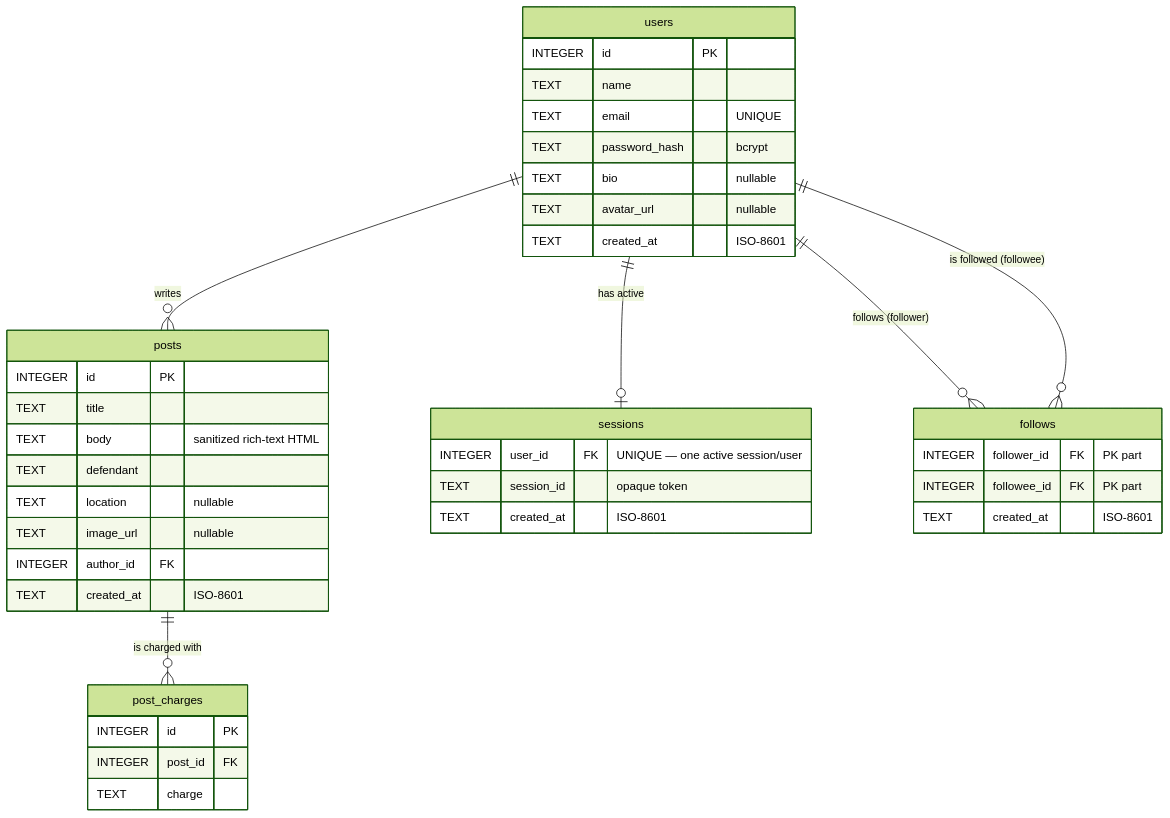
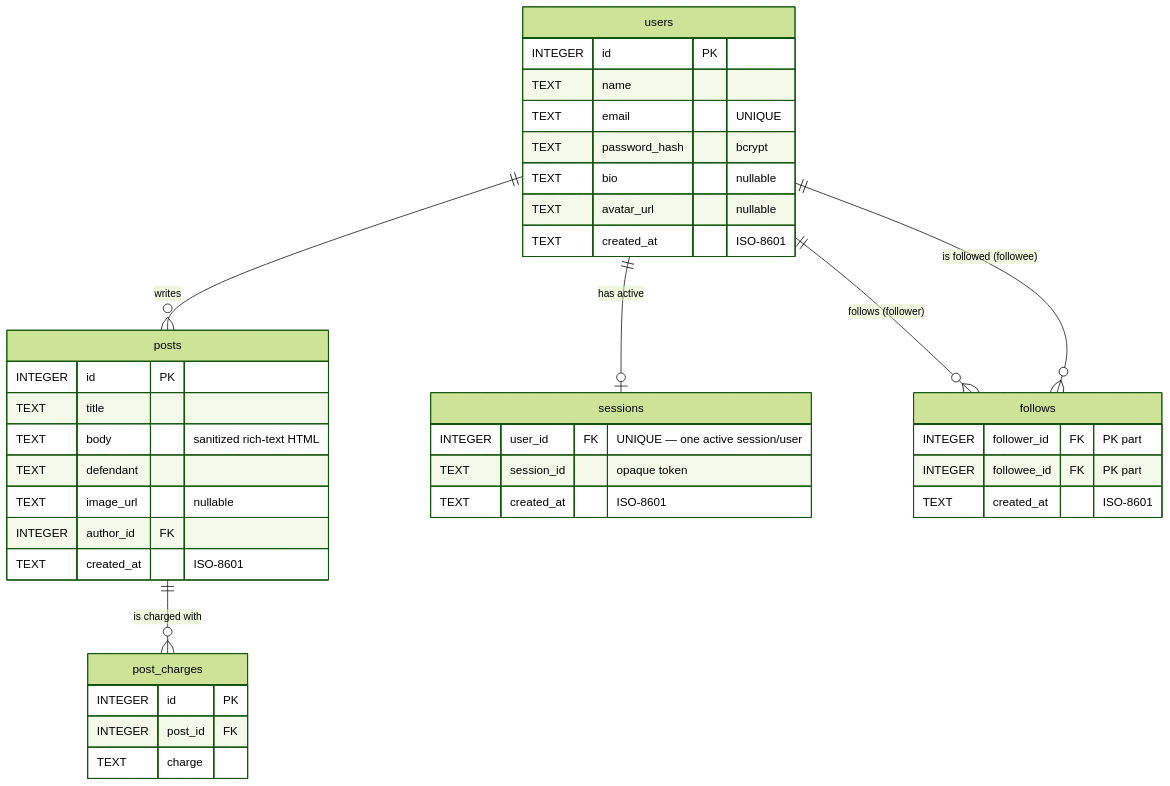
One commit to Avi-Lezerovich/fullstack-2026 changed the diagram in database/schema.md. Above: the diagram before and after it, drawn with Mermaid (forest theme). The commit also changed 1 other file, not shown here.

Commit message:
feat: remove location field from posts schema and documentation

````diff
--- a/database/schema.md
+++ b/database/schema.md
@@ -8,47 +8,46 @@
 ```mermaid
 erDiagram
     users ||--o{ posts          : "writes"
     users ||--o| sessions       : "has active"
     posts ||--o{ post_charges   : "is charged with"
     users ||--o{ follows        : "follows (follower)"
     users ||--o{ follows        : "is followed (followee)"
 
     users {
         INTEGER id PK
         TEXT    name
         TEXT    email "UNIQUE"
         TEXT    password_hash "bcrypt"
         TEXT    bio "nullable"
         TEXT    avatar_url "nullable"
         TEXT    created_at "ISO-8601"
     }
 
     sessions {
         INTEGER user_id FK "UNIQUE — one active session/user"
         TEXT    session_id "opaque token"
         TEXT    created_at "ISO-8601"
     }
 
     posts {
         INTEGER id PK
         TEXT    title
         TEXT    body "sanitized rich-text HTML"
         TEXT    defendant
-        TEXT    location "nullable"
         TEXT    image_url "nullable"
         INTEGER author_id FK
         TEXT    created_at "ISO-8601"
     }
 
     post_charges {
         INTEGER id PK
         INTEGER post_id FK
         TEXT    charge
     }
 
     follows {
         INTEGER follower_id FK "PK part"
         INTEGER followee_id FK "PK part"
         TEXT    created_at "ISO-8601"
     }
 ```
````
